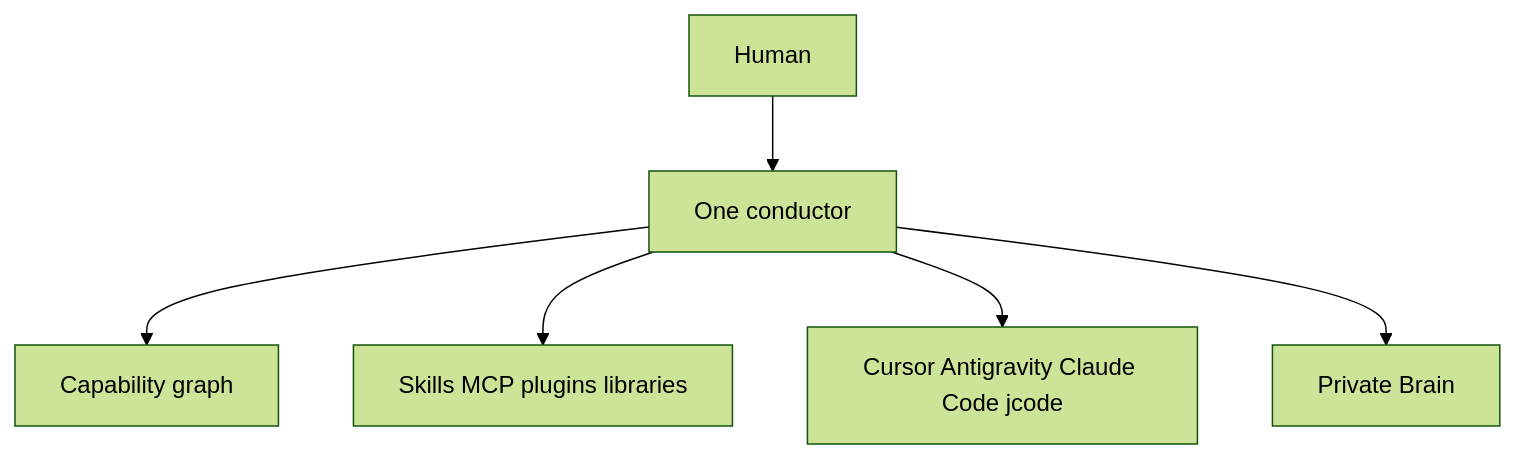
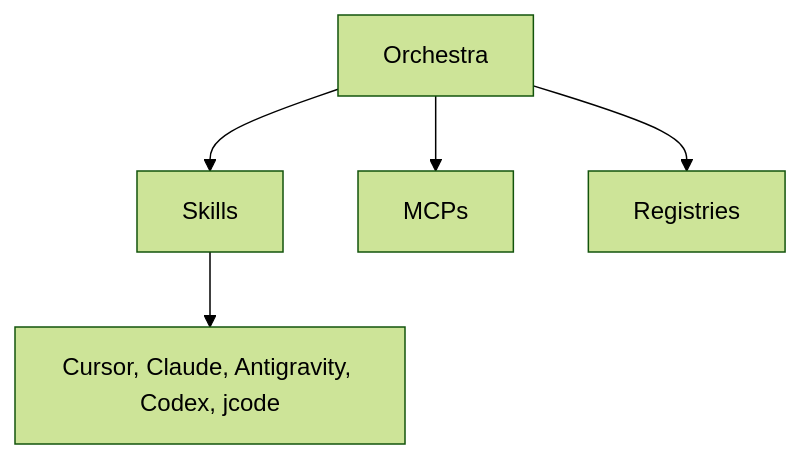
The second of 8 diagrams in README.md (mahik504/orchestra-workflow), drawn with Mermaid (forest theme) before and after one commit. The commit also changed other lines of this file and 312 other files, not shown here.

````diff
--- a/README.md
+++ b/README.md
@@ -133,14 +46,8 @@
 ```mermaid
-flowchart TD
-  person[Human]
-  conductor[One conductor]
-  capGraph[Capability graph]
-  picked[Skills MCP plugins libraries]
-  hostRow[Cursor Antigravity Claude Code jcode]
-  memory[Private Brain]
-  person --> conductor
-  conductor --> capGraph
-  conductor --> picked
-  conductor --> hostRow
-  conductor --> memory
+flowchart TB
+  conductor[Orchestra]
+  conductor --> skills[Skills]
+  conductor --> mcp[MCPs]
+  conductor --> regs[Registries]
+  skills --> hosts["Cursor, Claude, Antigravity, Codex, jcode"]
 ```
````
